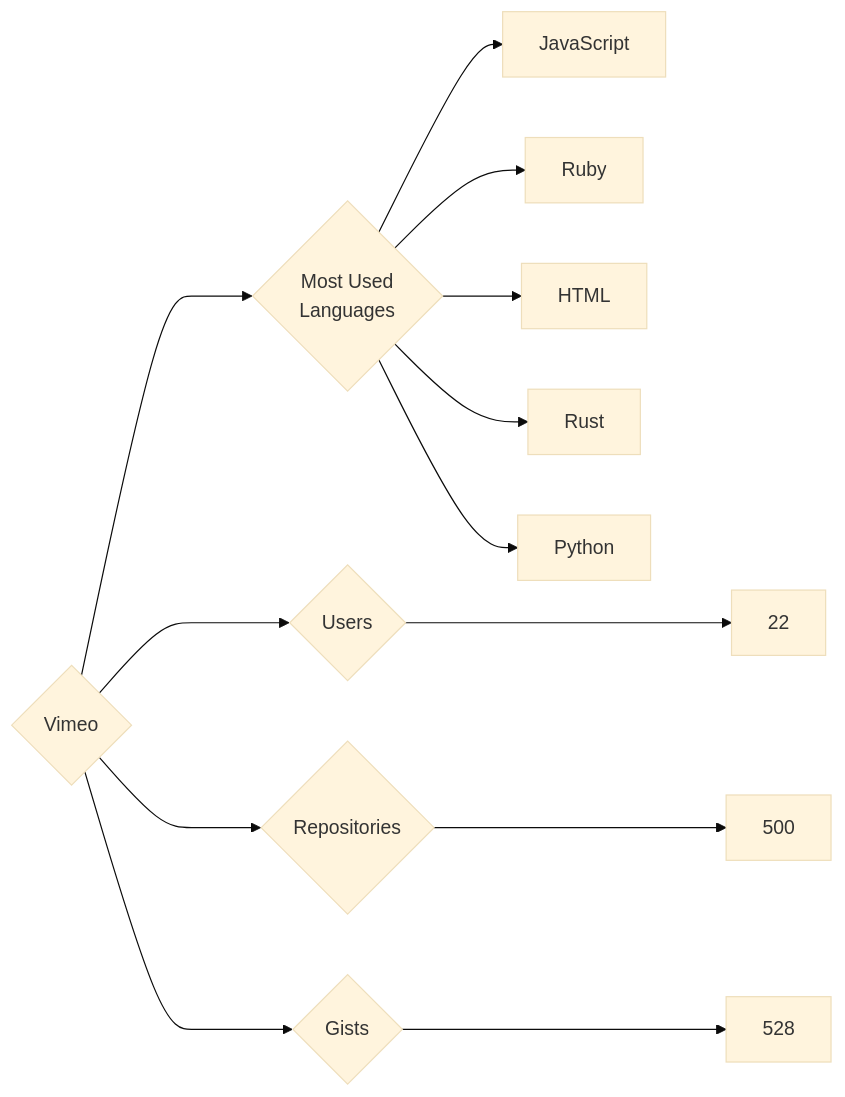
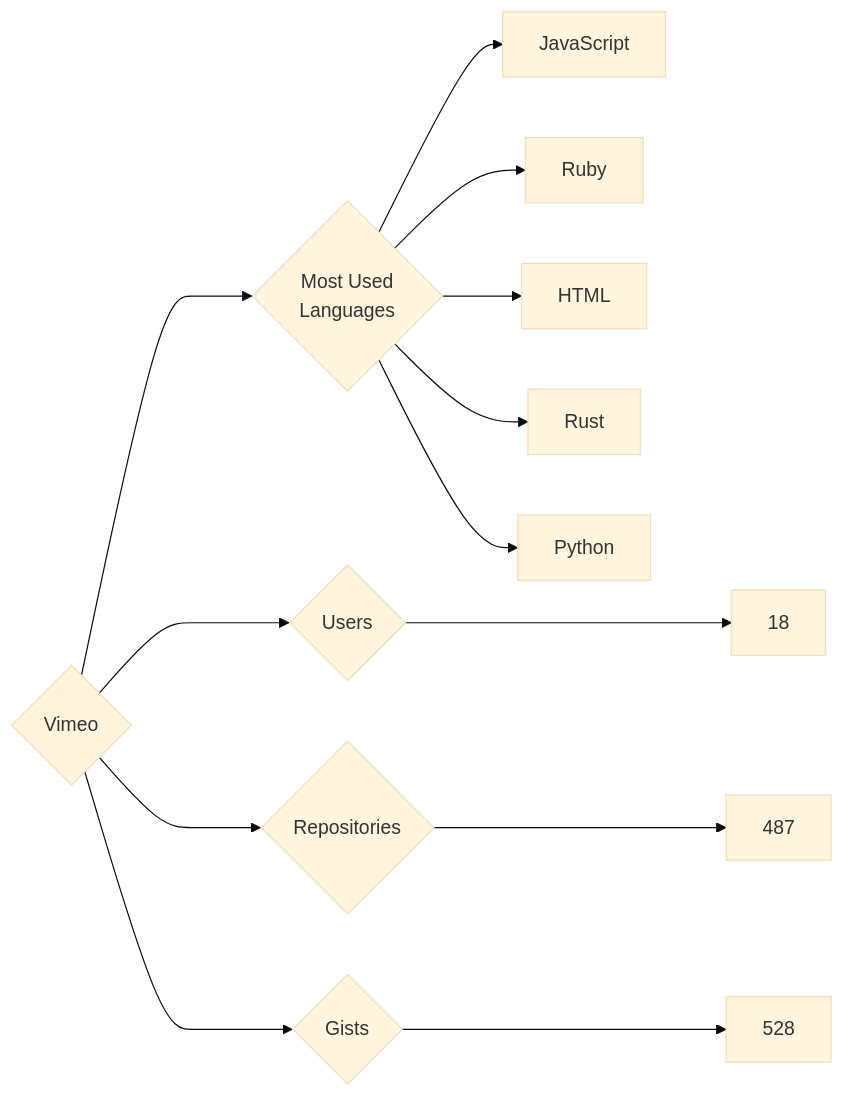
One commit to trickest/insiders changed the diagram in targets/Vimeo/README.md. Above: the diagram before and after it, drawn with Mermaid (base theme). The commit also changed 823 other files, not shown here.

````diff
--- a/targets/Vimeo/README.md
+++ b/targets/Vimeo/README.md
@@ -3,13 +3,13 @@
 ```mermaid
 graph LR
 COMPANY_NAME{Vimeo}
-COMPANY_NAME ---> U{Users} ---> UN[22]
-COMPANY_NAME ---> R{Repositories} ---> RN[500]
+COMPANY_NAME ---> U{Users} ---> UN[18]
+COMPANY_NAME ---> R{Repositories} ---> RN[487]
 COMPANY_NAME ---> G{Gists} ---> GN[528]
 COMPANY_NAME ---> ML{Most Used<br>Languages}
 ML --> JavaScript[JavaScript]
 ML --> Ruby[Ruby]
 ML --> HTML[HTML]
 ML --> Rust[Rust]
 ML --> Python[Python]
 ```
````
